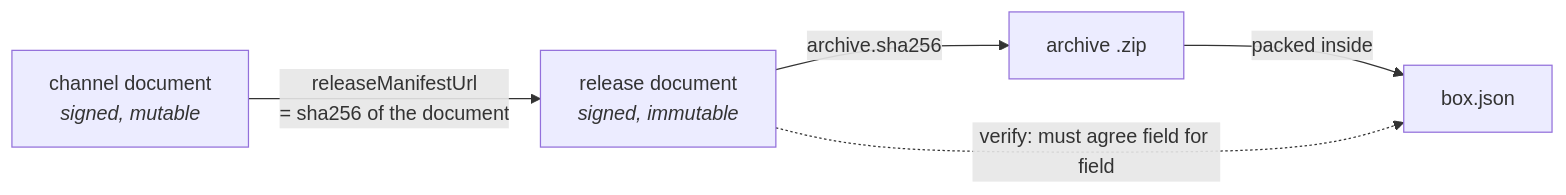
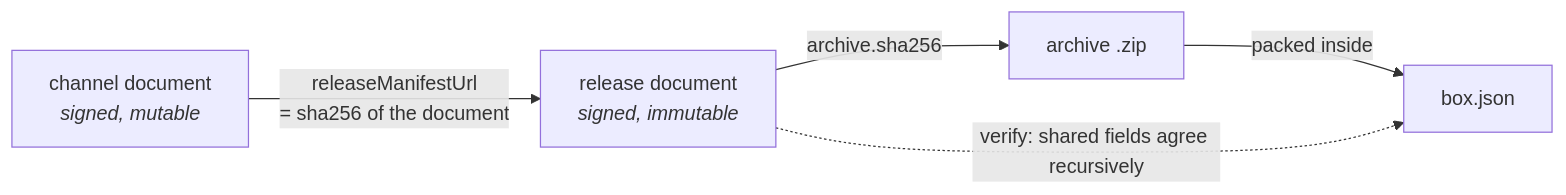
One commit to Suffro/scrollcase changed the diagram in docs/reference/box-format.md. Above: the diagram before and after it, drawn with Mermaid. The commit also changed other lines of this file and 48 other files, not shown here.

````diff
--- a/docs/reference/box-format.md
+++ b/docs/reference/box-format.md
@@ -269,7 +271,7 @@
 ```mermaid
 flowchart LR
   C["channel document<br/><i>signed, mutable</i>"] -->|releaseManifestUrl<br/>= sha256 of the document| R["release document<br/><i>signed, immutable</i>"]
   R -->|archive.sha256| A["archive .zip"]
   A -->|packed inside| B["box.json"]
-  R -.->|verify: must agree field for field| B
+  R -.->|verify: shared fields agree recursively| B
 ```
````
